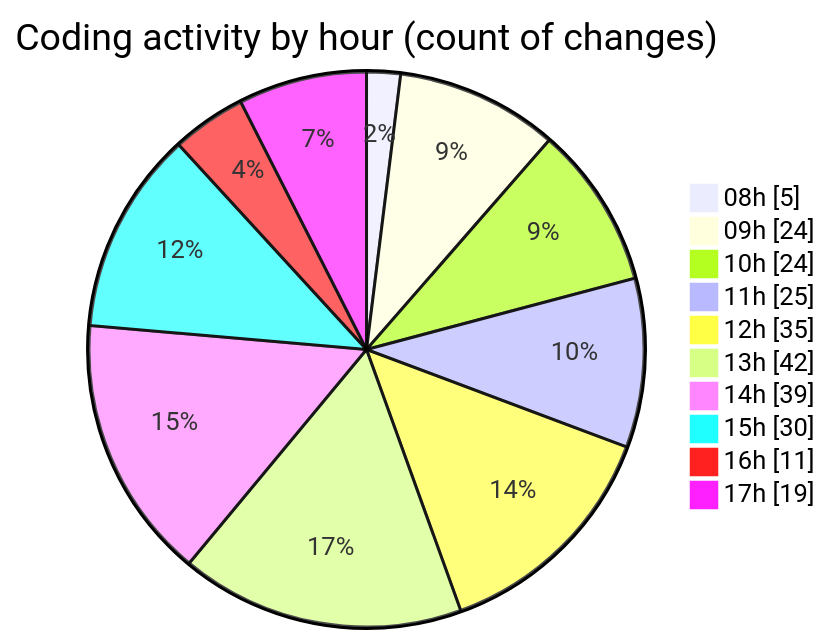
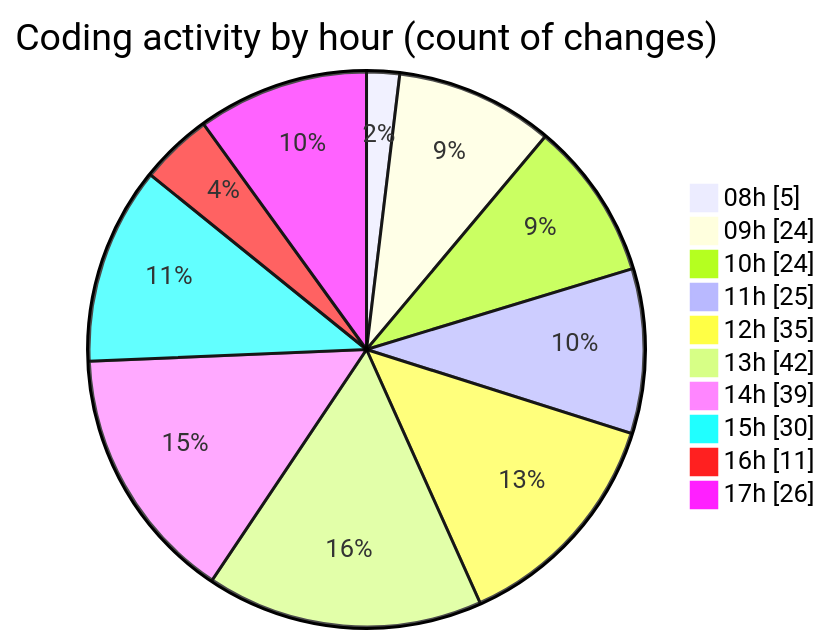
The second of 2 diagrams in 2025-11-24/cda/README.md (momahboobian/code-tracking), drawn with Mermaid before and after one commit. The commit also changed other lines of this file and 1 other file, not shown here.

````diff
--- a/2025-11-24/cda/README.md
+++ b/2025-11-24/cda/README.md
@@ -47,14 +47,14 @@
 ```mermaid
 pie showData
 title Coding activity by hour (count of changes)
 "08h" : 5
 "09h" : 24
 "10h" : 24
 "11h" : 25
 "12h" : 35
 "13h" : 42
 "14h" : 39
 "15h" : 30
 "16h" : 11
-"17h" : 19
+"17h" : 26
 ```
````
